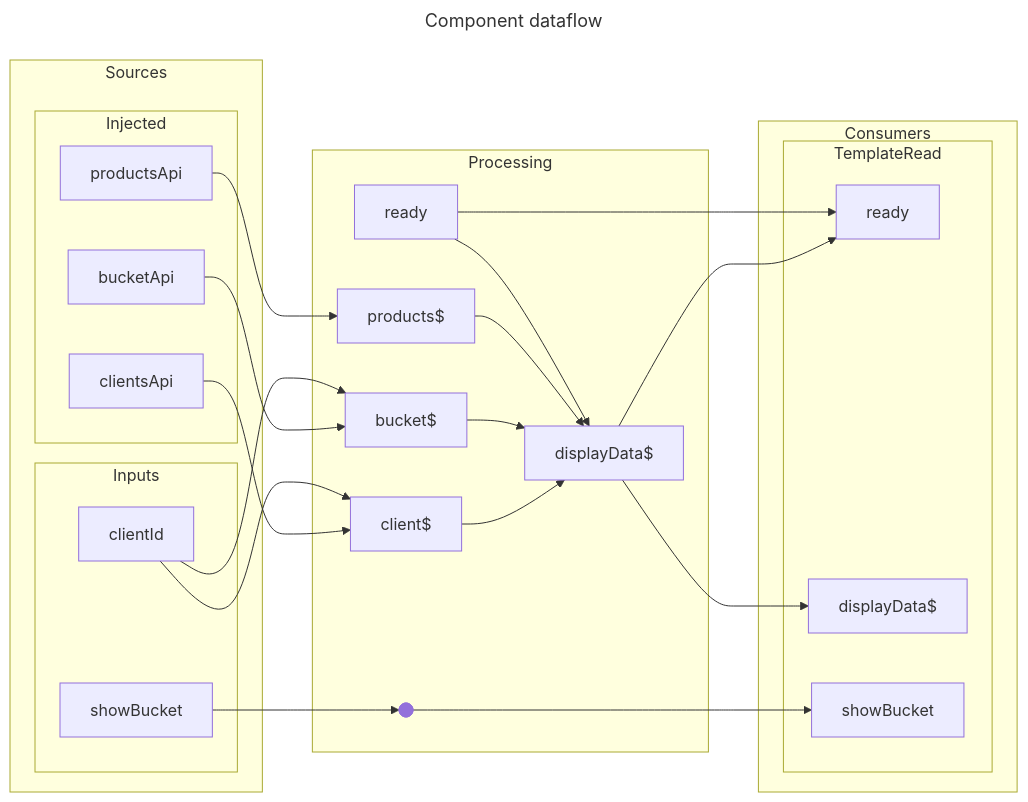
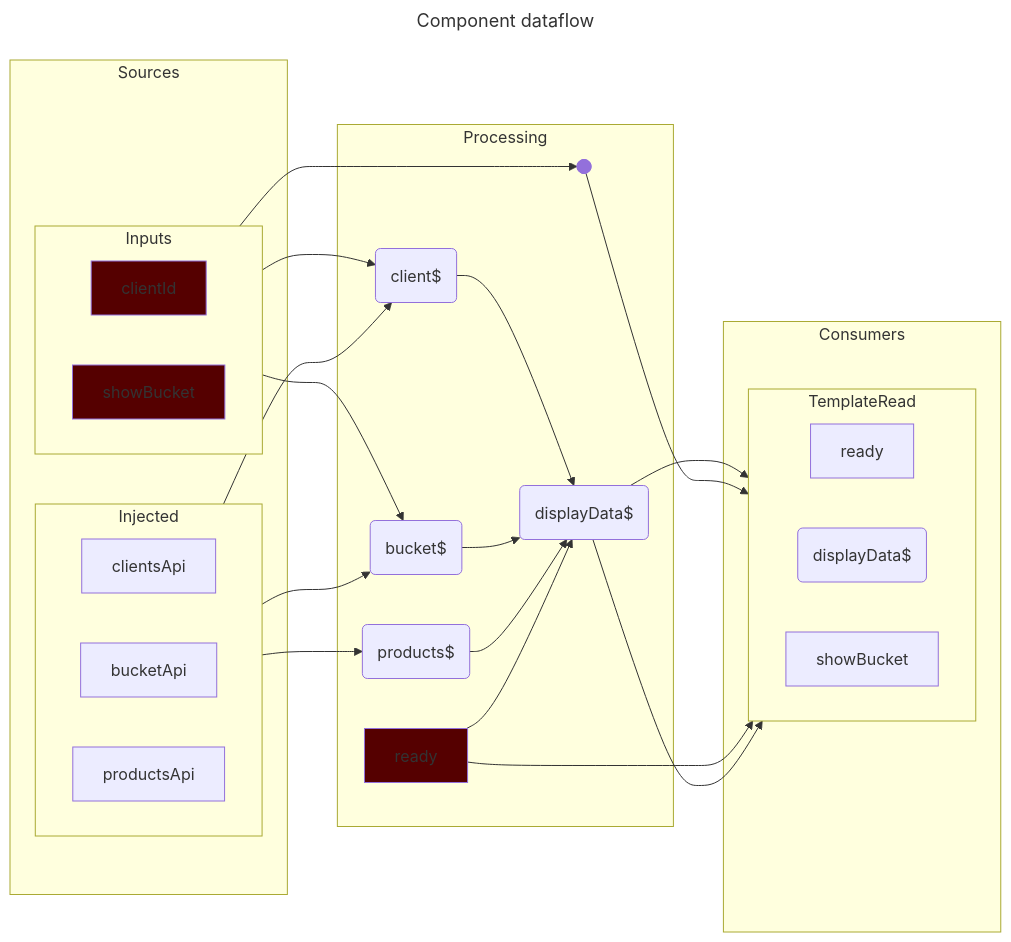
One commit to earthdmitriy/rx-evo changed the first of 2 diagrams in src/app/components/pipe/almost-there/almost-there.component.dataflow.md. Above: the diagram before and after it, drawn with Mermaid. The commit also changed other lines of this file and 39 other files, not shown here.

Commit message:
updated dataflow diagrams

````diff
--- a/src/app/components/pipe/almost-there/almost-there.component.dataflow.md
+++ b/src/app/components/pipe/almost-there/almost-there.component.dataflow.md
@@ -3,75 +3,81 @@
 ```mermaid
 ---
 title: Component dataflow
 ---
 graph LR
     subgraph Sources
         subgraph Injected
+            direction LR
             Source_clientsApi["
                 clientsApi
             "]
             Source_bucketApi["
                 bucketApi
             "]
             Source_productsApi["
                 productsApi
             "]
         end
         subgraph Inputs
+            direction LR
             Source_clientId["
                 clientId
             "]
             Source_showBucket["
                 showBucket
             "]
         end
     end
     subgraph Processing
         Processing_ready["
             ready
         "]
-        Processing_client$["
+        Processing_client$("
             client$
-        "]
-        Processing_bucket$["
+        ")
+        Processing_bucket$("
             bucket$
-        "]
-        Processing_products$["
+        ")
+        Processing_products$("
             products$
-        "]
-        Processing_displayData$["
+        ")
+        Processing_displayData$("
             displayData$
-        "]
+        ")
         Processing_showBucket@{ shape: f-circ, label: "Junction" }
     end
     subgraph Consumers
         subgraph TemplateRead
+            direction LR
             Consumer_ready["
                 ready
             "]
-            Consumer_displayData$["
+            Consumer_displayData$("
                 displayData$
-            "]
+            ")
             Consumer_showBucket["
                 showBucket
             "]
         end
     end
     Sources ~~~ Processing
     Processing ~~~ Consumers
     Source_showBucket --> Processing_showBucket
     Source_clientsApi --> Processing_client$
     Source_clientId --> Processing_client$
     Source_bucketApi --> Processing_bucket$
     Source_clientId --> Processing_bucket$
     Source_productsApi --> Processing_products$
     Processing_client$ --> Processing_displayData$
     Processing_bucket$ --> Processing_displayData$
     Processing_products$ --> Processing_displayData$
     Processing_ready --> Processing_displayData$
     Processing_displayData$ --> Consumer_ready
     Processing_showBucket --> Consumer_showBucket
     Processing_ready --> Consumer_ready
     Processing_displayData$ --> Consumer_displayData$
+    style Source_clientId fill:#500
+    style Source_showBucket fill:#500
+    style Processing_ready fill:#500
 
 ```
````
